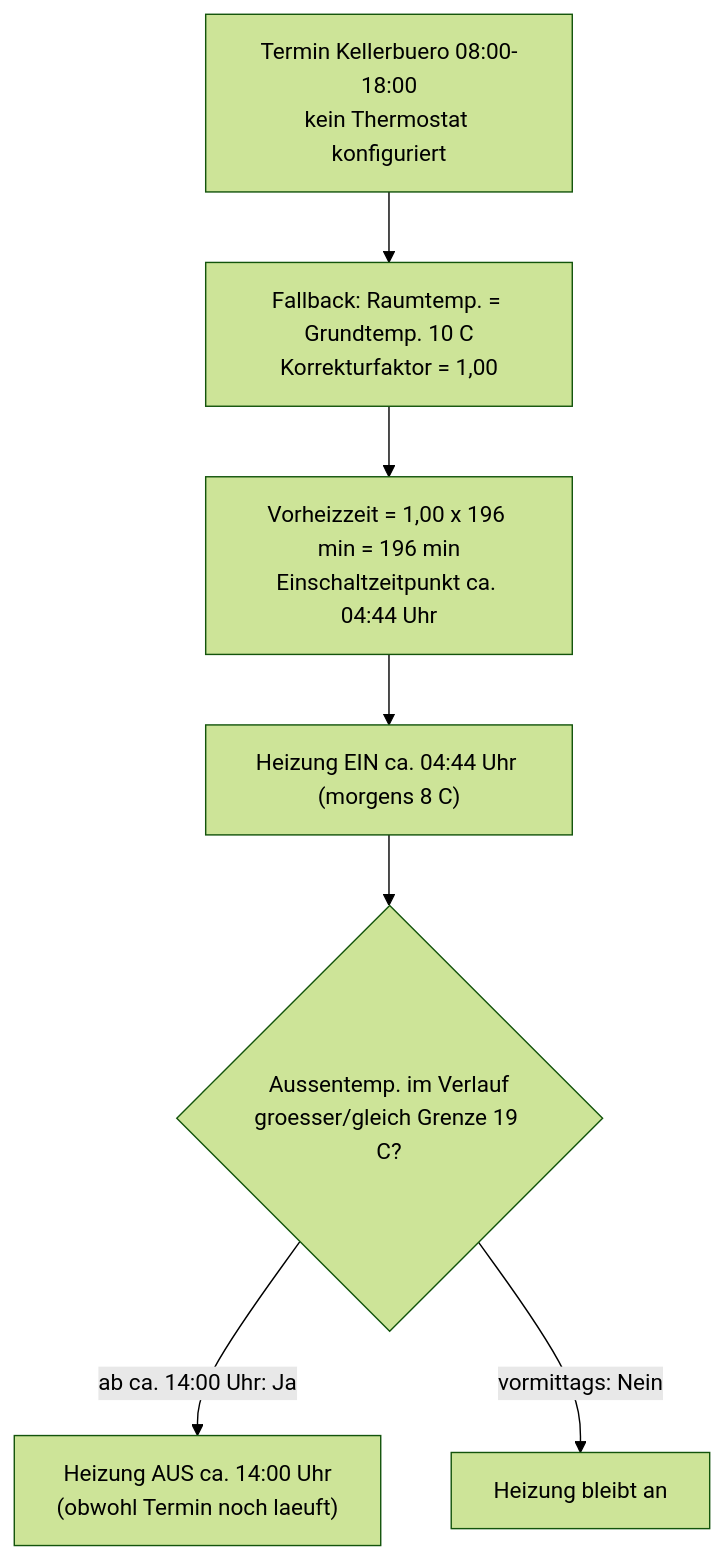
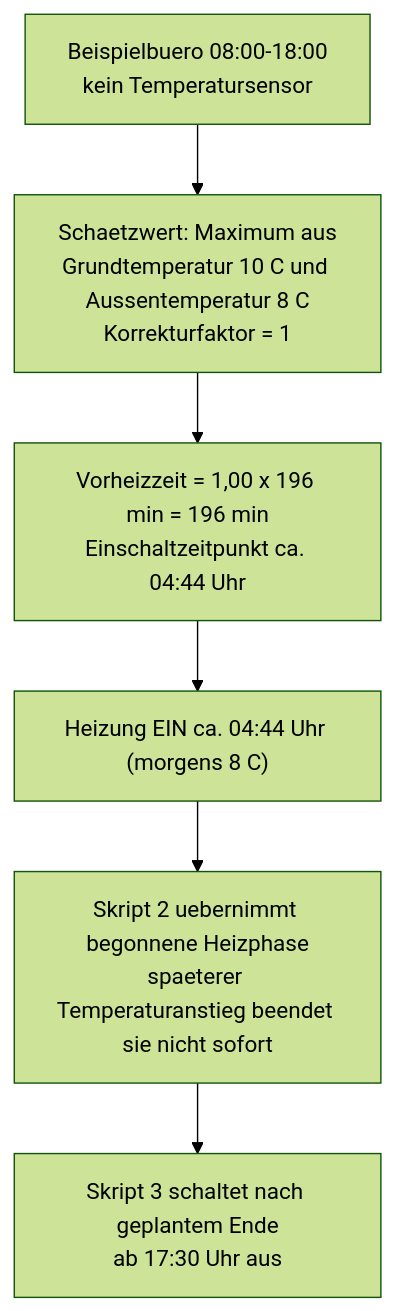
One commit to xMRi/Homematic-Heizungskalender changed the third of 3 diagrams in docs/heizkalender/heizsteuerung-vorheizzeit.md. Above: the diagram before and after it, drawn with Mermaid (forest theme). The commit also changed other lines of this file and 6 other files, not shown here.

````diff
--- a/docs/heizkalender/heizsteuerung-vorheizzeit.md
+++ b/docs/heizkalender/heizsteuerung-vorheizzeit.md
@@ -341,9 +343,8 @@
 ```mermaid
 flowchart TD
-    Start["Termin Kellerbuero 08:00-18:00<br/>kein Thermostat konfiguriert"] --> FB["Fallback: Raumtemp. = Grundtemp. 10 C<br/>Korrekturfaktor = 1,00"]
+    Start["Beispielbuero 08:00-18:00<br/>kein Temperatursensor"] --> FB["Schaetzwert: Maximum aus<br/>Grundtemperatur 10 C und Aussentemperatur 8 C<br/>Korrekturfaktor = 1"]
     FB --> VZ["Vorheizzeit = 1,00 x 196 min = 196 min<br/>Einschaltzeitpunkt ca. 04:44 Uhr"]
     VZ --> Ein["Heizung EIN ca. 04:44 Uhr (morgens 8 C)"]
-    Ein --> Lauf{"Aussentemp. im Verlauf<br/>groesser/gleich Grenze 19 C?"}
-    Lauf -->|"ab ca. 14:00 Uhr: Ja"| AusAT["Heizung AUS ca. 14:00 Uhr<br/>(obwohl Termin noch laeuft)"]
-    Lauf -->|"vormittags: Nein"| Weiter["Heizung bleibt an"]
+    Ein --> Lauf["Skript 2 uebernimmt begonnene Heizphase<br/>spaeterer Temperaturanstieg beendet sie nicht sofort"]
+    Lauf --> Aus["Skript 3 schaltet nach geplantem Ende<br/>ab 17:30 Uhr aus"]
 ```
````
